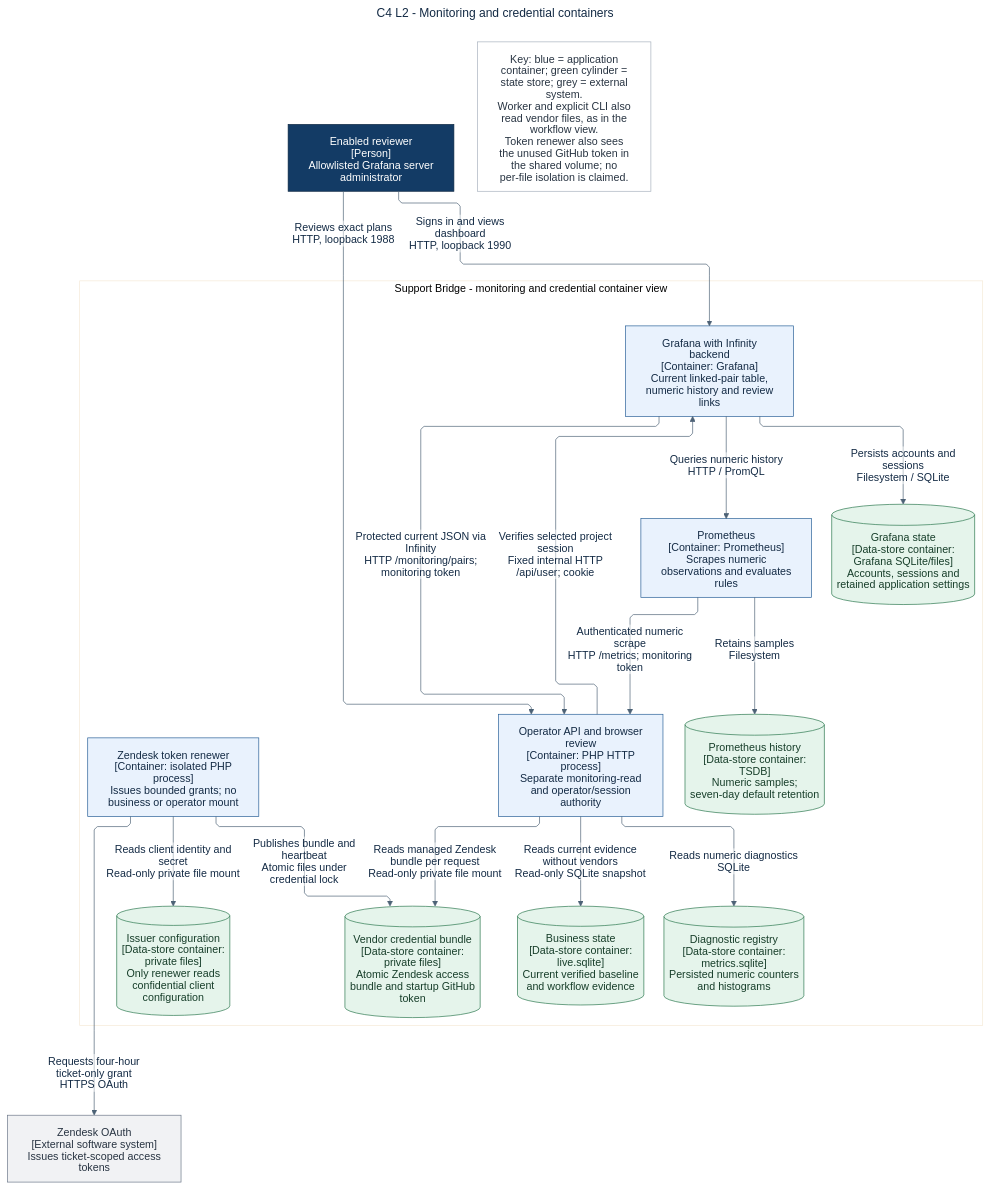
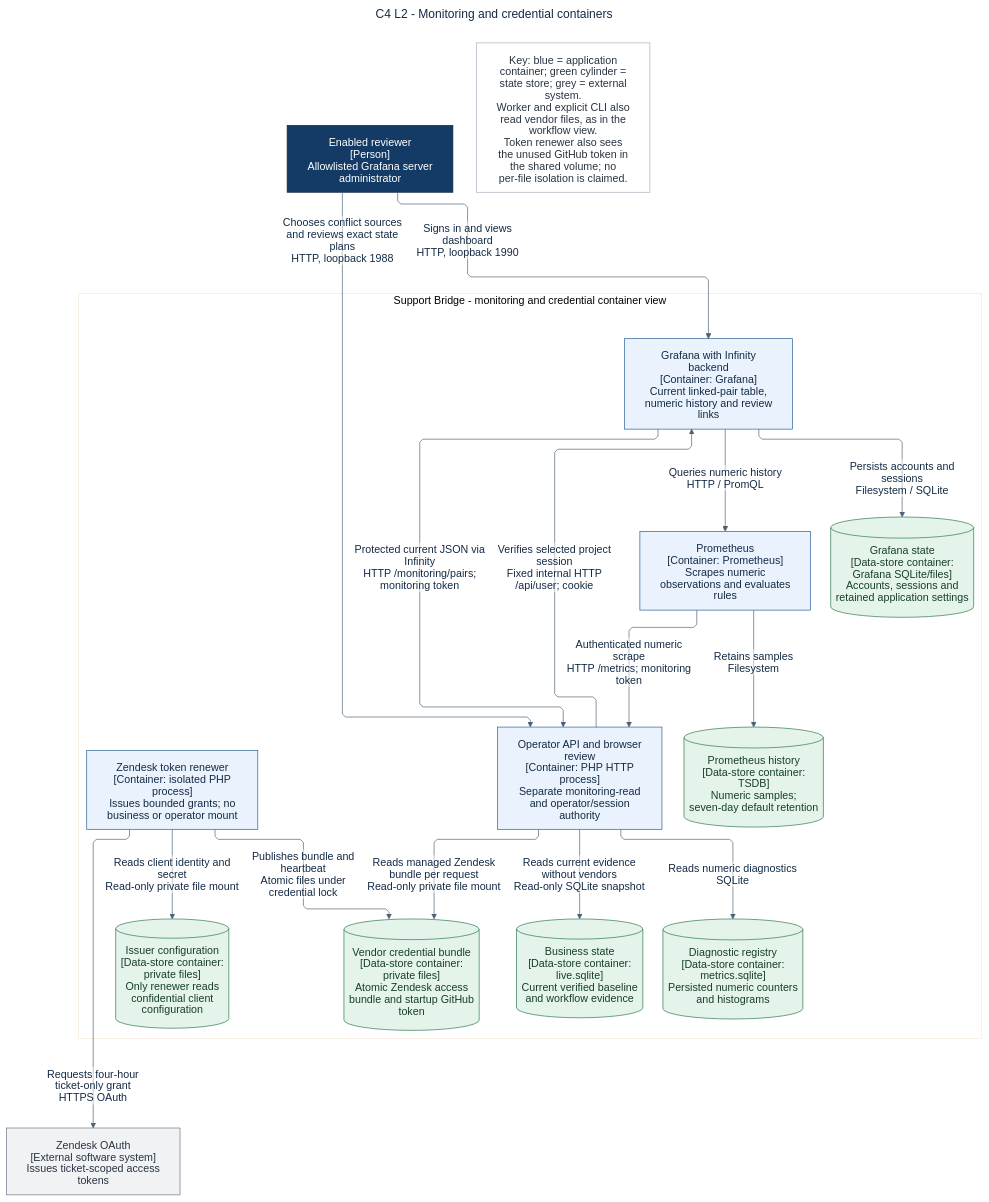
One commit to AlbertFlorescu/support-bridge changed the diagram in docs/c4/source/03-containers-operations.mmd. Above: the diagram before and after it, drawn with Mermaid. The commit also changed 29 other files, not shown here.

```diff
--- a/docs/c4/source/03-containers-operations.mmd
+++ b/docs/c4/source/03-containers-operations.mmd
@@ -1,63 +1,63 @@
 ---
 title: C4 L2 - Monitoring and credential containers
 config:
   htmlLabels: false
   layout: elk
   theme: base
   themeVariables:
     primaryColor: '#edf4ff'
     primaryTextColor: '#142b45'
     primaryBorderColor: '#456d9e'
     lineColor: '#4d6276'
     edgeLabelBackground: '#ffffff'
     noteBkgColor: '#f5f7fa'
     noteBorderColor: '#94a3b8'
   fontFamily: DejaVu Sans, sans-serif
   flowchart:
     htmlLabels: false
     curve: linear
     nodeSpacing: 32
     rankSpacing: 60
 ---
 flowchart TB
   accTitle: C4 L2 - Monitoring and credential containers
   accDescr: Grafana reads current JSON from the API and historical metrics from Prometheus. API review verifies the selected Grafana session. An isolated renewer publishes hot Zendesk credentials and cannot operate business state.
   Operator["Enabled reviewer<br/>[Person]<br/>Allowlisted Grafana server administrator"]:::person
   subgraph Bridge["Support Bridge - monitoring and credential container view"]
     Grafana["Grafana with Infinity backend<br/>[Container: Grafana]<br/>Current linked-pair table, numeric history and review links"]:::container
     API["Operator API and browser review<br/>[Container: PHP HTTP process]<br/>Separate monitoring-read and operator/session authority"]:::container
     Prom["Prometheus<br/>[Container: Prometheus]<br/>Scrapes numeric observations and evaluates rules"]:::container
     Business[("Business state<br/>[Data-store container: live.sqlite]<br/>Current verified baseline and workflow evidence")]:::store
     Telemetry[("Diagnostic registry<br/>[Data-store container: metrics.sqlite]<br/>Persisted numeric counters and histograms")]:::store
     TSDB[("Prometheus history<br/>[Data-store container: TSDB]<br/>Numeric samples; seven-day default retention")]:::store
     Sessions[("Grafana state<br/>[Data-store container: Grafana SQLite/files]<br/>Accounts, sessions and retained application settings")]:::store
     Renewer["Zendesk token renewer<br/>[Container: isolated PHP process]<br/>Issues bounded grants; no business or operator mount"]:::container
     Issuer[("Issuer configuration<br/>[Data-store container: private files]<br/>Only renewer reads confidential client configuration")]:::store
     Tokens[("Vendor credential bundle<br/>[Data-store container: private files]<br/>Atomic Zendesk access bundle and startup GitHub token")]:::store
   end
   Zendesk["Zendesk OAuth<br/>[External software system]<br/>Issues ticket-scoped access tokens"]:::external
 
   Operator -->|"Signs in and views dashboard<br/>HTTP, loopback 1990"| Grafana
-  Operator -->|"Reviews exact plans<br/>HTTP, loopback 1988"| API
+  Operator -->|"Chooses conflict sources and reviews exact state plans<br/>HTTP, loopback 1988"| API
   Grafana -->|"Protected current JSON via Infinity<br/>HTTP /monitoring/pairs; monitoring token"| API
   Grafana -->|"Queries numeric history<br/>HTTP / PromQL"| Prom
   API -->|"Verifies selected project session<br/>Fixed internal HTTP /api/user; cookie"| Grafana
   Grafana -->|"Persists accounts and sessions<br/>Filesystem / SQLite"| Sessions
   Prom -->|"Authenticated numeric scrape<br/>HTTP /metrics; monitoring token"| API
   Prom -->|"Retains samples<br/>Filesystem"| TSDB
   API -->|"Reads current evidence without vendors<br/>Read-only SQLite snapshot"| Business
   API -->|"Reads numeric diagnostics<br/>SQLite"| Telemetry
   Renewer -->|"Reads client identity and secret<br/>Read-only private file mount"| Issuer
   Renewer -->|"Requests four-hour ticket-only grant<br/>HTTPS OAuth"| Zendesk
   Renewer -->|"Publishes bundle and heartbeat<br/>Atomic files under credential lock"| Tokens
   API -->|"Reads managed Zendesk bundle per request<br/>Read-only private file mount"| Tokens
 
   Legend["Key: blue = application container; green cylinder = state store; grey = external system.<br/>Worker and explicit CLI also read vendor files, as in the workflow view.<br/>Token renewer also sees the unused GitHub token in the shared volume; no per-file isolation is claimed."]:::key
 
   classDef person fill:#133b65,stroke:#0b2540,color:#fff
   classDef system fill:#1e5c9a,stroke:#133b65,color:#fff
   classDef container fill:#e9f2fd,stroke:#245c95,color:#142b45
   classDef component fill:#eef4fd,stroke:#456d9e,color:#142b45
   classDef store fill:#e5f4eb,stroke:#28754c,color:#173e2a
   classDef external fill:#f1f2f4,stroke:#697586,color:#283442
   classDef key fill:#fff,stroke:#a6b0bc,color:#283442
```
